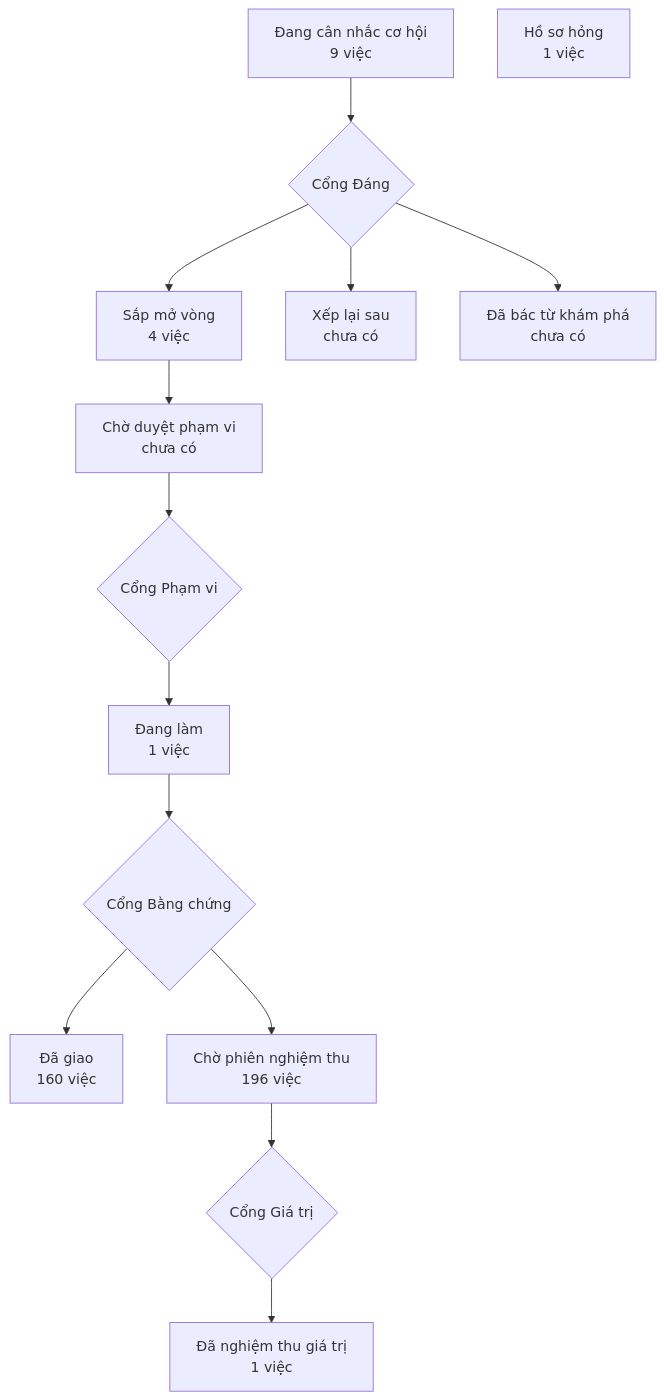
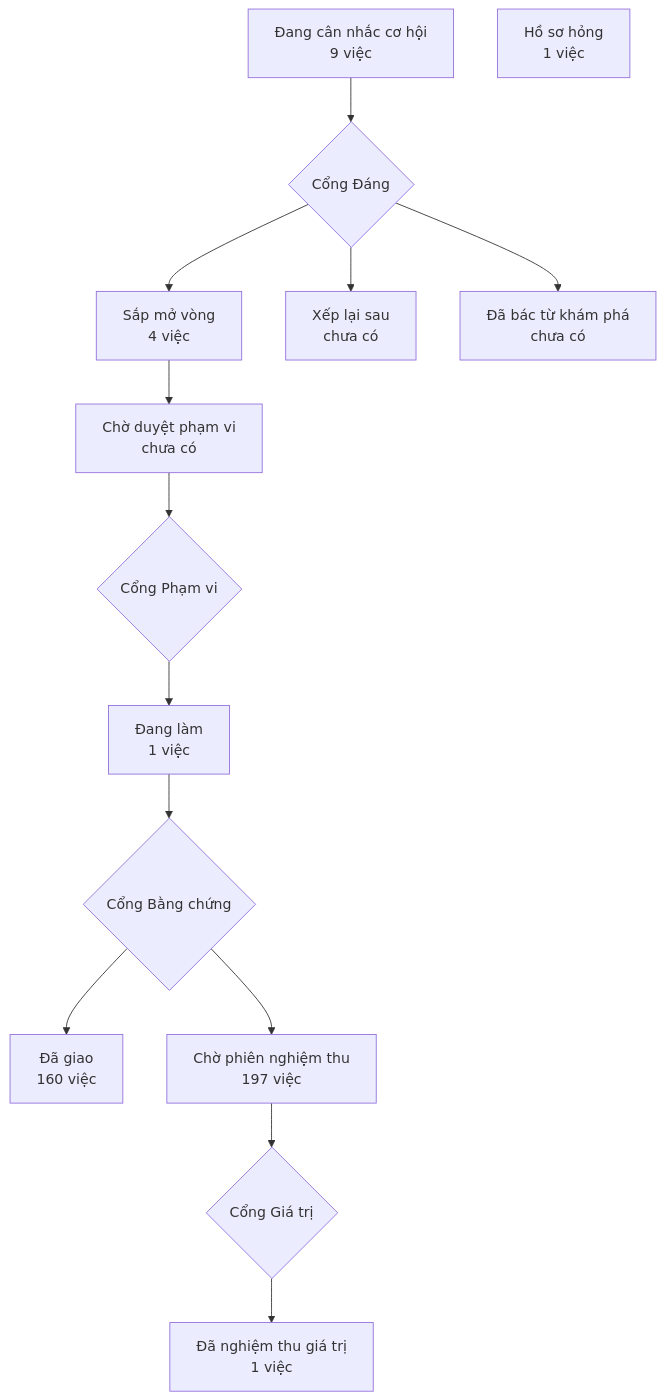
Before and after one commit to phanlemanh/crm-onehub: the diagram in PRODUCT-MAP.md, drawn with Mermaid. The commit also changed 1 other file, not shown here.

Commit message:
chore(cua-toi-chi-liet-kr): vẽ lại bản đồ sau khi gộp onehub e539693c7

````diff
--- a/PRODUCT-MAP.md
+++ b/PRODUCT-MAP.md
@@ -7,13 +7,13 @@
 ```mermaid
 flowchart TD
   A["Đang cân nhắc cơ hội<br/>9 việc"] --> GD{"Cổng Đáng"}
   GD --> B["Sắp mở vòng<br/>4 việc"]
   GD --> XL["Xếp lại sau<br/>chưa có"]
   GD --> DB["Đã bác từ khám phá<br/>chưa có"]
   B --> CD["Chờ duyệt phạm vi<br/>chưa có"] --> GP{"Cổng Phạm vi"}
   GP --> DL["Đang làm<br/>1 việc"] --> GB{"Cổng Bằng chứng"}
   GB --> DG["Đã giao<br/>160 việc"]
-  GB --> CN["Chờ phiên nghiệm thu<br/>196 việc"] --> GG{"Cổng Giá trị"}
+  GB --> CN["Chờ phiên nghiệm thu<br/>197 việc"] --> GG{"Cổng Giá trị"}
   GG --> NT["Đã nghiệm thu giá trị<br/>1 việc"]
   HS["Hồ sơ hỏng<br/>1 việc"]
 ```
````
